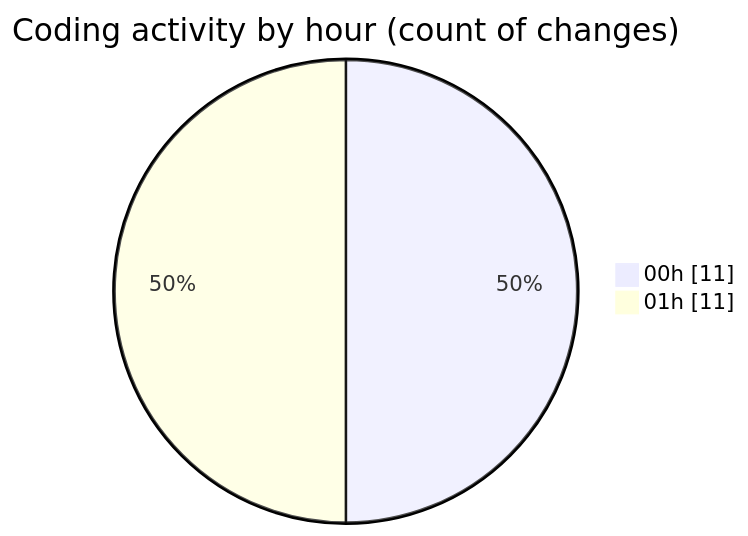
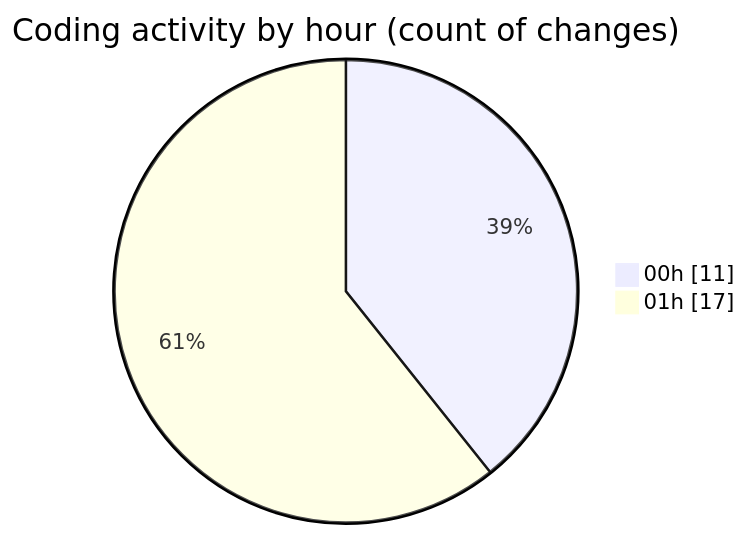
Before and after one commit to 3Nya3/code-tracking: the second of 2 diagrams in 2025-01-02/mods/README.md, drawn with Mermaid. The commit also changed other lines of this file and 1 other file, not shown here.

````diff
--- a/2025-01-02/mods/README.md
+++ b/2025-01-02/mods/README.md
@@ -29,6 +29,6 @@
 ```mermaid
 pie showData
 title Coding activity by hour (count of changes)
 "00h" : 11
-"01h" : 11
+"01h" : 17
 ```
````
